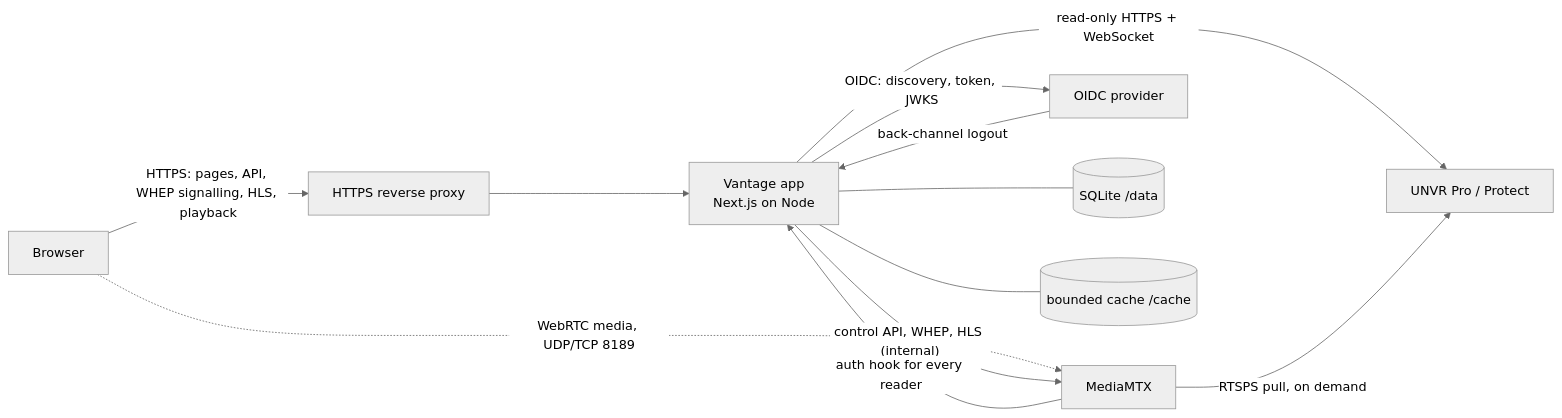
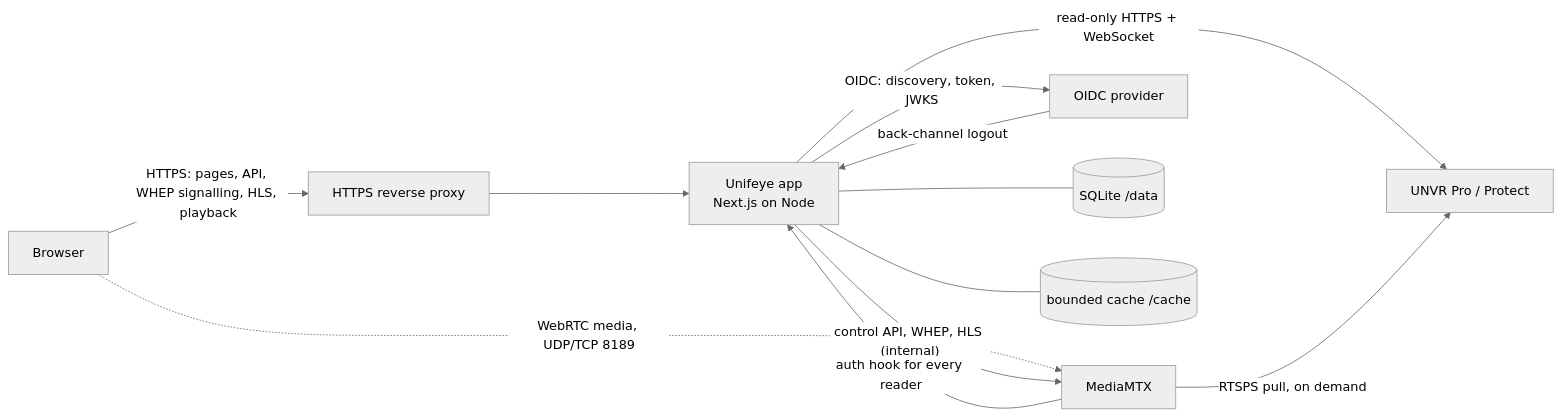
The diagram in docs/architecture.md (cmer/unifeye), drawn with Mermaid (neutral theme) before and after one commit. The commit also changed other lines of this file and 54 other files, not shown here.

Commit message:
Rename Vantage to Unifeye across the app

````diff
--- a/docs/architecture.md
+++ b/docs/architecture.md
@@ -5,14 +5,14 @@
 ```mermaid
 flowchart LR
   B[Browser] -- HTTPS: pages, API, WHEP signalling, HLS, playback --> P[HTTPS reverse proxy]
-  P --> A[Vantage app<br/>Next.js on Node]
+  P --> A[Unifeye app<br/>Next.js on Node]
   B -. WebRTC media, UDP/TCP 8189 .-> M[MediaMTX]
   A -- control API, WHEP, HLS (internal) --> M
   M -- auth hook for every reader --> A
   A -- OIDC: discovery, token, JWKS --> Z[OIDC provider]
   Z -- back-channel logout --> A
   A -- read-only HTTPS + WebSocket --> N[UNVR Pro / Protect]
   M -- RTSPS pull, on demand --> N
   A --- D[(SQLite /data)]
   A --- C[(bounded cache /cache)]
 ```
````
